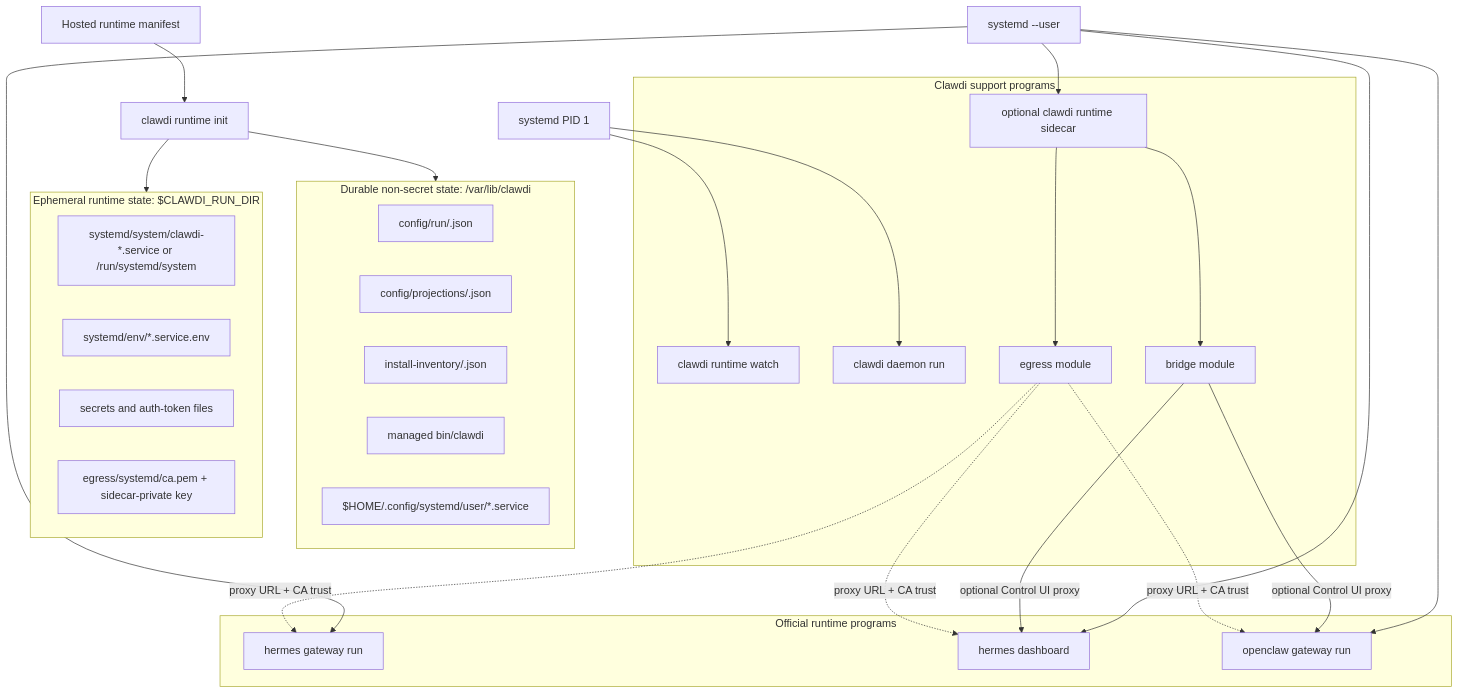
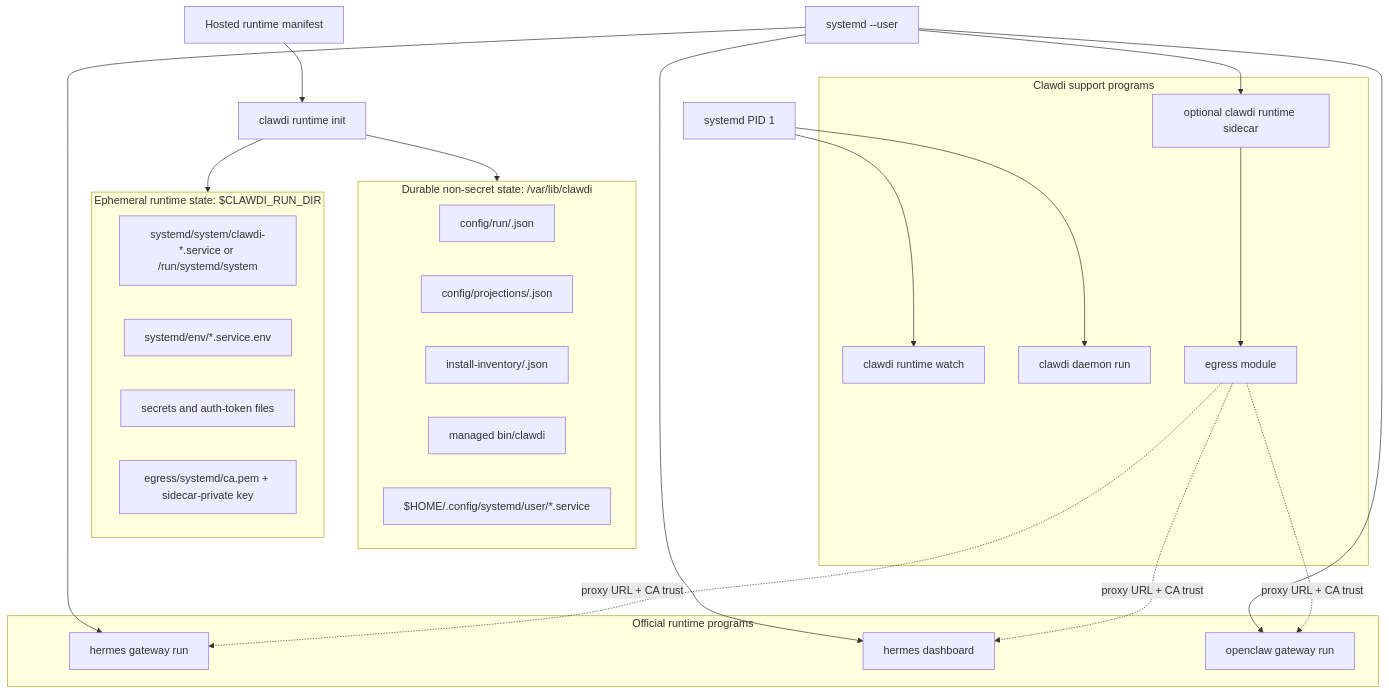
The first of 2 diagrams in docs/managed-runtime.md (Clawdi-AI/clawdi), drawn with Mermaid before and after one commit. The commit also changed other lines of this file and 68 other files, not shown here.

````diff
--- a/docs/managed-runtime.md
+++ b/docs/managed-runtime.md
@@ -139,50 +139,46 @@
 ```mermaid
 flowchart TB
     CP[Hosted runtime manifest] --> Init[clawdi runtime init]
     Init --> Durable
     Init --> Ephemeral
 
     subgraph Durable["Durable non-secret state: /var/lib/clawdi"]
         RunConfigs[config/run/<runtime>.json]
         Projections[config/projections/<runtime>.json]
         Inventory[install-inventory/<runtime>.json]
         CliBin[managed bin/clawdi]
         UserUnits[$HOME/.config/systemd/user/*.service]
     end
 
     subgraph Ephemeral["Ephemeral runtime state: $CLAWDI_RUN_DIR"]
         SystemUnits[systemd/system/clawdi-*.service or /run/systemd/system]
         UnitEnv[systemd/env/*.service.env]
         Secrets[secrets and auth-token files]
         EgressCA[egress/systemd/ca.pem + sidecar-private key]
     end
 
     subgraph Support["Clawdi support programs"]
         Watch[clawdi runtime watch]
         Daemon[clawdi daemon run]
         Sidecar[optional clawdi runtime sidecar]
-        Bridge[bridge module]
         Egress[egress module]
     end
 
     subgraph Runtime["Official runtime programs"]
         HermesGateway[hermes gateway run]
         HermesDashboard[hermes dashboard]
         OpenClaw[openclaw gateway run]
     end
 
     Systemd[systemd PID 1] --> Watch
     Systemd --> Daemon
     UserSystemd[systemd --user] --> Sidecar
-    Sidecar --> Bridge
     Sidecar --> Egress
     UserSystemd --> HermesGateway
     UserSystemd --> HermesDashboard
     UserSystemd --> OpenClaw
 
-    Bridge -->|optional Control UI proxy| HermesDashboard
-    Bridge -->|optional Control UI proxy| OpenClaw
     Egress -. proxy URL + CA trust .-> HermesGateway
     Egress -. proxy URL + CA trust .-> HermesDashboard
     Egress -. proxy URL + CA trust .-> OpenClaw
 ```
````
